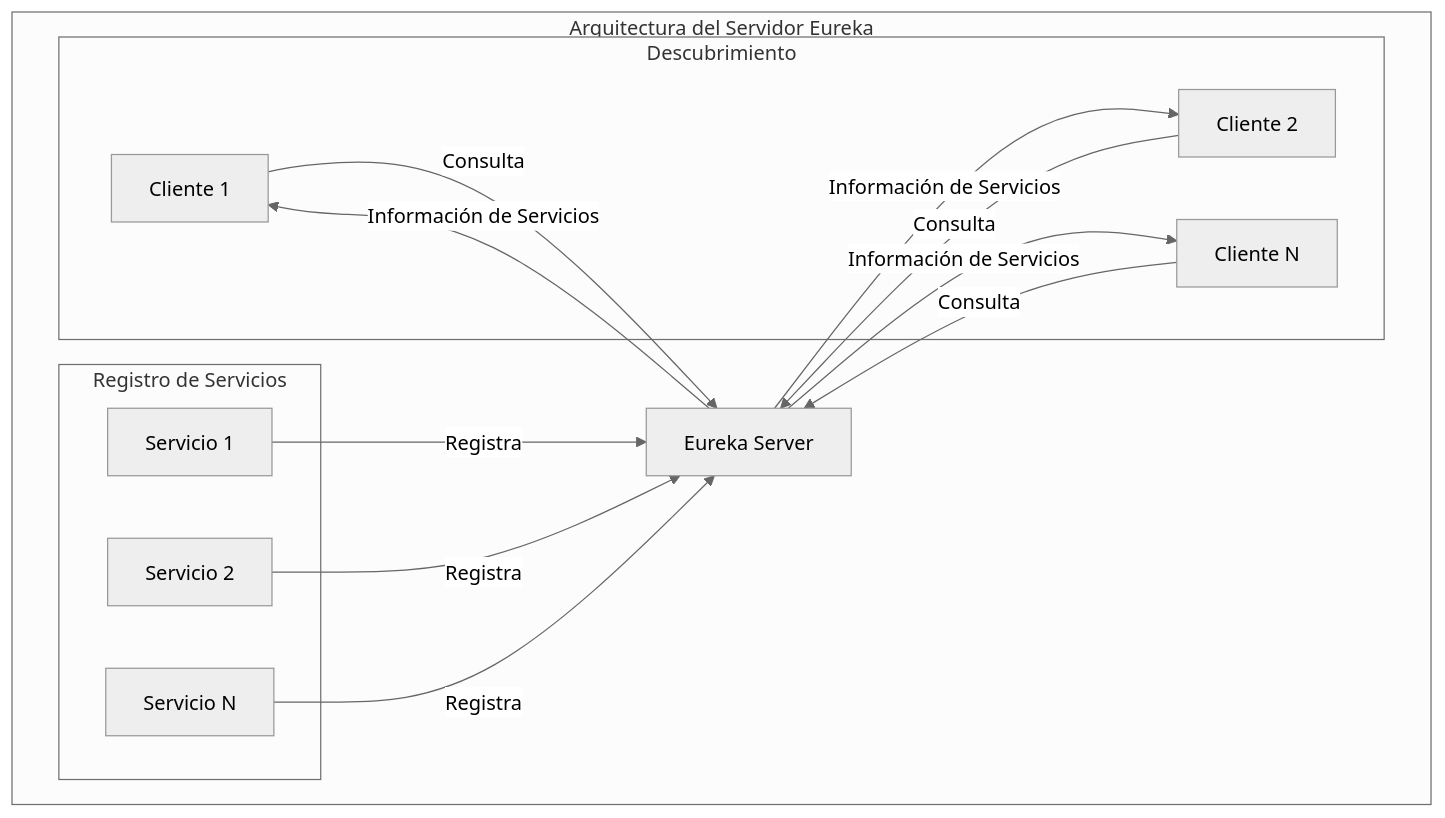
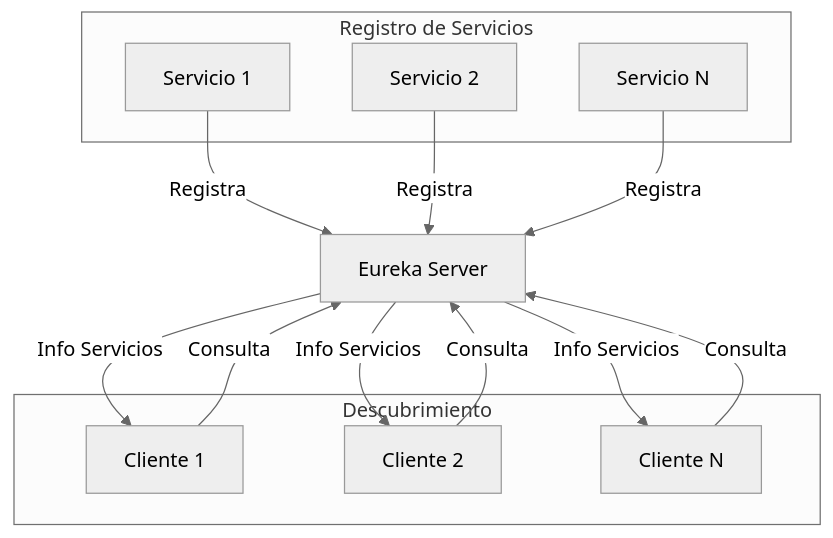
The diagram in docs/diagrams/arquitectura-eureka.mmd (UM-services/UM.tesoreria.eureka-service), drawn with Mermaid (neutral theme) before and after one commit. The commit also changed 2 other files, not shown here.

```diff
--- a/docs/diagrams/arquitectura-eureka.mmd
+++ b/docs/diagrams/arquitectura-eureka.mmd
@@ -1,28 +1,26 @@
 graph TB
-    subgraph "Arquitectura del Servidor Eureka"
-        E[Eureka Server]
-        
-        subgraph "Registro de Servicios"
-            S1[Servicio 1]
-            S2[Servicio 2]
-            S3[Servicio N]
-        end
-        
-        subgraph "Descubrimiento"
-            C1[Cliente 1]
-            C2[Cliente 2]
-            C3[Cliente N]
-        end
-        
-        S1 -->|Registra| E
-        S2 -->|Registra| E
-        S3 -->|Registra| E
-        
-        C1 -->|Consulta| E
-        C2 -->|Consulta| E
-        C3 -->|Consulta| E
-        
-        E -->|Información de Servicios| C1
-        E -->|Información de Servicios| C2
-        E -->|Información de Servicios| C3
+    E[Eureka Server]
+
+    subgraph "Registro de Servicios"
+        S1[Servicio 1]
+        S2[Servicio 2]
+        S3[Servicio N]
     end
+
+    subgraph "Descubrimiento"
+        C1[Cliente 1]
+        C2[Cliente 2]
+        C3[Cliente N]
+    end
+
+    S1 -->|"Registra"| E
+    S2 -->|"Registra"| E
+    S3 -->|"Registra"| E
+
+    C1 -->|"Consulta"| E
+    C2 -->|"Consulta"| E
+    C3 -->|"Consulta"| E
+
+    E -->|"Info Servicios"| C1
+    E -->|"Info Servicios"| C2
+    E -->|"Info Servicios"| C3
```
